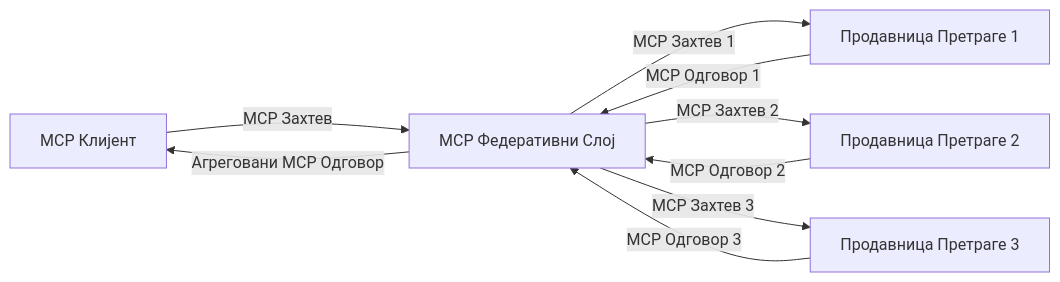
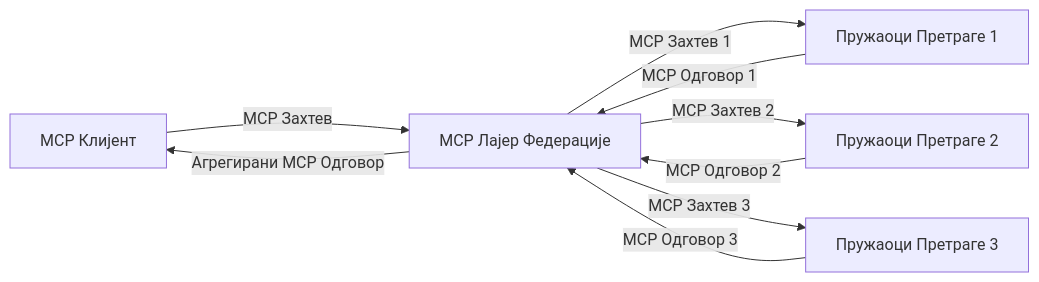
Before and after one commit to microsoft/mcp-for-beginners: the third of 4 diagrams in translations/sr/05-AdvancedTopics/mcp-realtimesearch/README.md, drawn with Mermaid. The commit also changed other lines of this file and 154 other files, not shown here.

````diff
--- a/translations/sr/05-AdvancedTopics/mcp-realtimesearch/README.md
+++ b/translations/sr/05-AdvancedTopics/mcp-realtimesearch/README.md
@@ -610,11 +612,11 @@
 ```mermaid
 graph LR
-    Client[MCP Клијент] --> |MCP Захтев| Federation[MCP Федеративни Слој]
-    Federation --> |MCP Захтев 1| Search1[Продавница Претраге 1]
-    Federation --> |MCP Захтев 2| Search2[Продавница Претраге 2]
-    Federation --> |MCP Захтев 3| Search3[Продавница Претраге 3]
+    Client[MCP Клијент] --> |MCP Захтев| Federation[MCP Лајер Федерације]
+    Federation --> |MCP Захтев 1| Search1[Пружаоци Претраге 1]
+    Federation --> |MCP Захтев 2| Search2[Пружаоци Претраге 2]
+    Federation --> |MCP Захтев 3| Search3[Пружаоци Претраге 3]
     Search1 --> |MCP Одговор 1| Federation
     Search2 --> |MCP Одговор 2| Federation
     Search3 --> |MCP Одговор 3| Federation
-    Federation --> |Агреговани MCP Одговор| Client
+    Federation --> |Агрегирани MCP Одговор| Client
 ```
````
